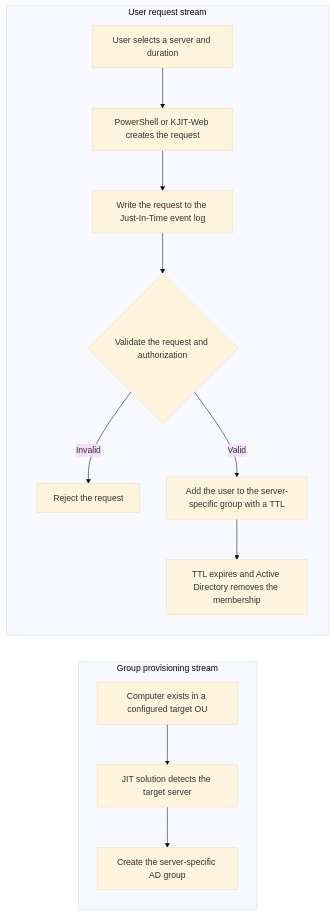
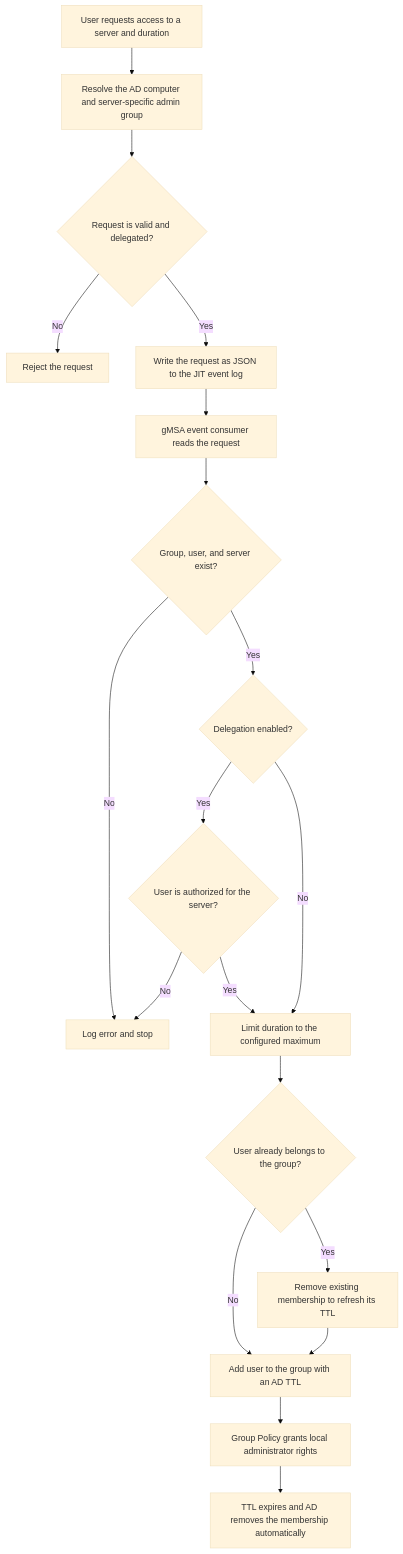
Before and after one commit to Kili69/T1JIT: the second of 2 diagrams in README.md, drawn with Mermaid (base theme). The commit also changed other lines of this file, not shown here.

Commit message:
Document T1JIT workflows

````diff
--- a/README.md
+++ b/README.md
@@ -23,23 +53,21 @@
 ```mermaid
-flowchart LR
-    subgraph Provisioning[Group provisioning stream]
-        Computer[Computer exists in a configured target OU]
-        Detect[JIT solution detects the target server]
-        Group[Create the server-specific AD group]
-        Computer --> Detect --> Group
-    end
-
-    subgraph RequestFlow[User request stream]
-        User[User selects a server and duration]
-        Request[PowerShell or KJIT-Web creates the request]
-        EventLog[Write the request to the Just-In-Time event log]
-        Validate{Validate the request and authorization}
-        Denied[Reject the request]
-        AddMember[Add the user to the server-specific group with a TTL]
-        Expire[TTL expires and Active Directory removes the membership]
-
-        User --> Request --> EventLog --> Validate
-        Validate -->|Invalid| Denied
-        Validate -->|Valid| AddMember --> Expire
-    end
+flowchart TD
+    Request[User requests access to a server and duration] --> ResolveServer[Resolve the AD computer and server-specific admin group]
+    ResolveServer --> RequestAllowed{Request is valid and delegated?}
+    RequestAllowed -->|No| RejectRequest[Reject the request]
+    RequestAllowed -->|Yes| EventLog[Write the request as JSON to the JIT event log]
+    EventLog --> Consumer[gMSA event consumer reads the request]
+    Consumer --> ObjectsExist{Group, user, and server exist?}
+    ObjectsExist -->|No| RejectEvent[Log error and stop]
+    ObjectsExist -->|Yes| Delegation{Delegation enabled?}
+    Delegation -->|Yes| Authorized{User is authorized for the server?}
+    Authorized -->|No| RejectEvent
+    Authorized -->|Yes| LimitDuration[Limit duration to the configured maximum]
+    Delegation -->|No| LimitDuration
+    LimitDuration --> Existing{User already belongs to the group?}
+    Existing -->|Yes| RemoveExisting[Remove existing membership to refresh its TTL]
+    Existing -->|No| AddWithTtl[Add user to the group with an AD TTL]
+    RemoveExisting --> AddWithTtl
+    AddWithTtl --> LocalAdmin[Group Policy grants local administrator rights]
+    LocalAdmin --> Expire[TTL expires and AD removes the membership automatically]
 ```
````
